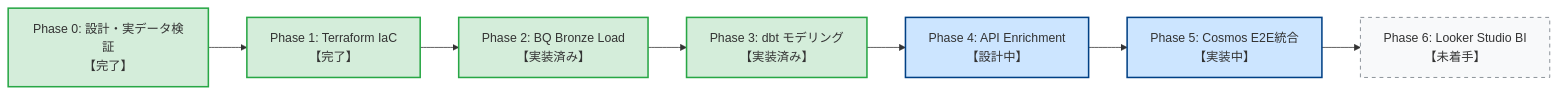
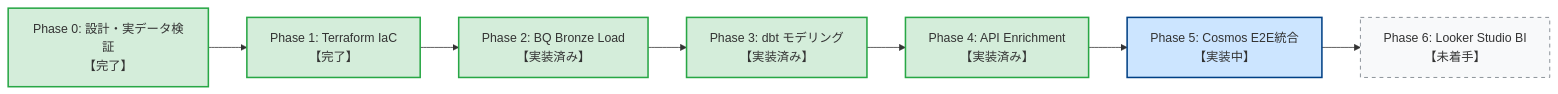
One commit to xzyozi/gh-archive-lakehouse changed the second of 2 diagrams in README.md. Above: the diagram before and after it, drawn with Mermaid. The commit also changed other lines of this file, not shown here.

Commit message:
[fix] ルートREADMEのMermaid構文エラーを修正しPhase 4完了を反映 (#37)

````diff
--- a/README.md
+++ b/README.md
@@ -73,13 +73,13 @@
 ```mermaid
 flowchart LR
     P0["Phase 0: 設計・実データ検証<br/>【完了】"]:::done --> P1["Phase 1: Terraform IaC<br/>【完了】"]:::done
     P1 --> P2["Phase 2: BQ Bronze Load<br/>【実装済み】"]:::done
     P2 --> P3["Phase 3: dbt モデリング<br/>【実装済み】"]:::done
-    P3 --> P4["Phase 4: API Enrichment<br/>【設計中】"]:::current
+    P3 --> P4["Phase 4: API Enrichment<br/>【実装済み】"]:::done
     P4 --> P5["Phase 5: Cosmos E2E統合<br/>【実装中】"]:::current
     P5 --> P6["Phase 6: Looker Studio BI<br/>【未着手】"]:::todo
 
     classDef done fill:#d4edda,stroke:#28a745,stroke-width:2px;
     classDef current fill:#cce5ff,stroke:#004085,stroke-width:2px;
     classDef todo fill:#f8f9fa,stroke:#6c757d,stroke-dasharray: 5 5;
 ```
````
